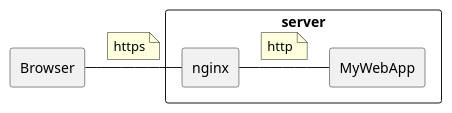
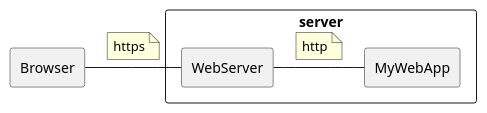
Before and after one commit to HiroshiKuboBeng/qiita-content: the diagram in public/20231129-webCache.md, drawn with PlantUML. The commit also changed other lines of this file, not shown here.

````diff
--- a/public/20231129-webCache.md
+++ b/public/20231129-webCache.md
@@ -25,15 +29,15 @@
 ```plantuml
 rectangle Browser
 rectangle  server {
-  rectangle nginx
+  rectangle WebServer
   rectangle MyWebApp
 }
-Browser - nginx
+Browser - WebServer
 note right on link
   https
 end note
-nginx - MyWebApp
+WebServer - MyWebApp
 note right on link
   http
 end note
 ```
````
